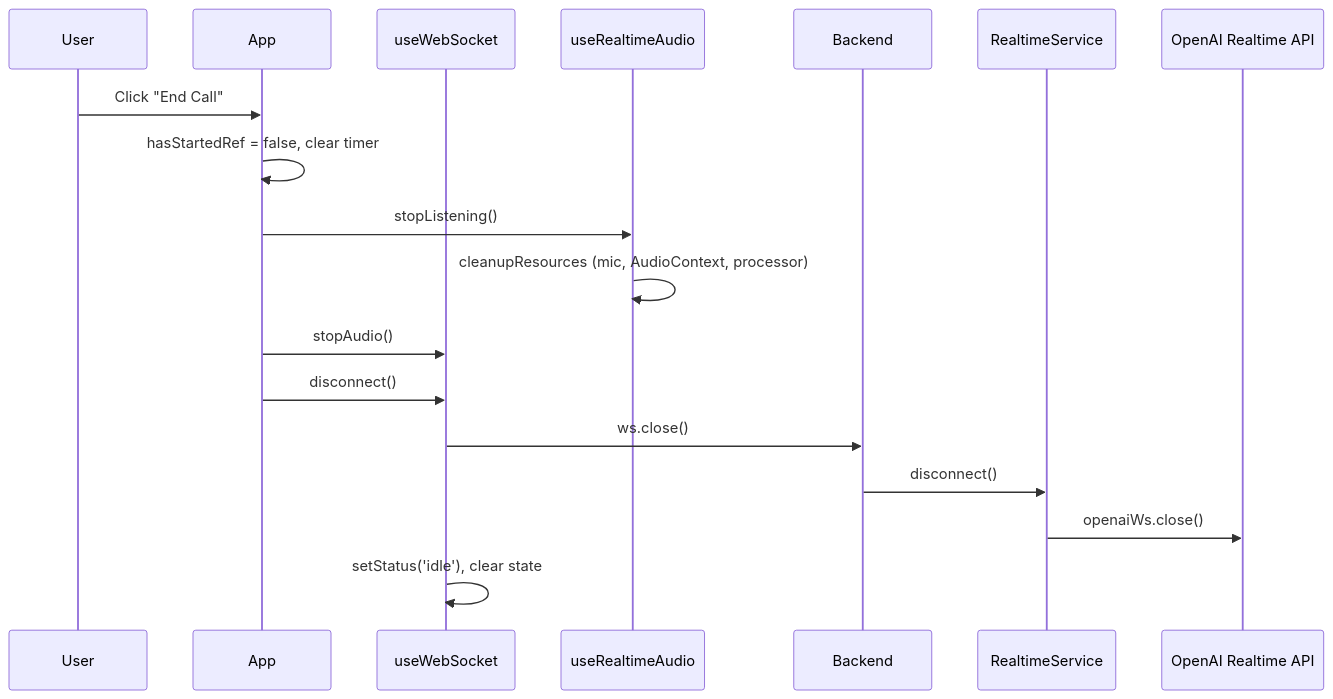
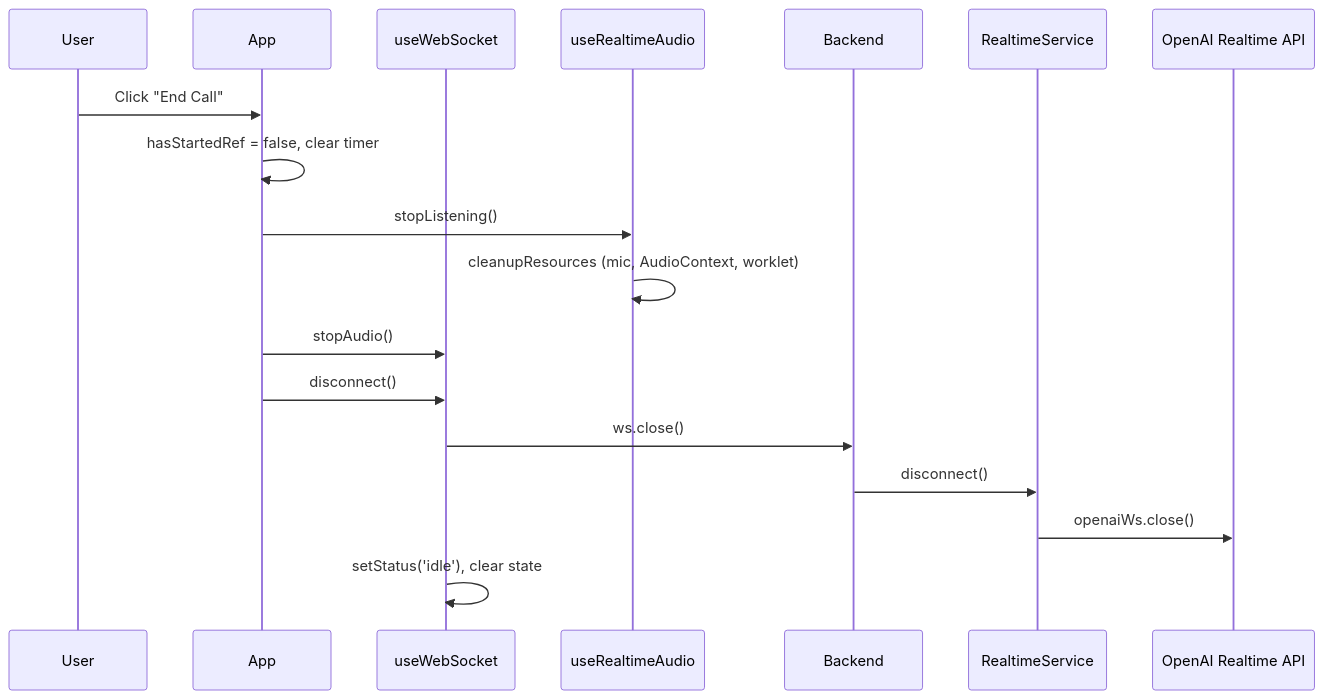
One commit to lasha-gamrekelashvili/voice-ai-contact-collector changed the eighth of 8 diagrams in docs/SEQUENCE_DIAGRAM.md. Above: the diagram before and after it, drawn with Mermaid. The commit also changed other lines of this file and 3 other files, not shown here.

Commit message:
change audio worklet buffer size to 2400 samples (~50 ms)

````diff
--- a/docs/SEQUENCE_DIAGRAM.md
+++ b/docs/SEQUENCE_DIAGRAM.md
@@ -200,21 +200,21 @@
 ```mermaid
 sequenceDiagram
     participant User
     participant App as App
     participant useWS as useWebSocket
     participant useAudio as useRealtimeAudio
     participant Backend as Backend
     participant Realtime as RealtimeService
     participant OpenAI as OpenAI Realtime API
 
     User->>App: Click "End Call"
     App->>App: hasStartedRef = false, clear timer
     App->>useAudio: stopListening()
-    useAudio->>useAudio: cleanupResources (mic, AudioContext, processor)
+    useAudio->>useAudio: cleanupResources (mic, AudioContext, worklet)
     App->>useWS: stopAudio()
     App->>useWS: disconnect()
     useWS->>Backend: ws.close()
     Backend->>Realtime: disconnect()
     Realtime->>OpenAI: openaiWs.close()
     useWS->>useWS: setStatus('idle'), clear state
 ```
````
